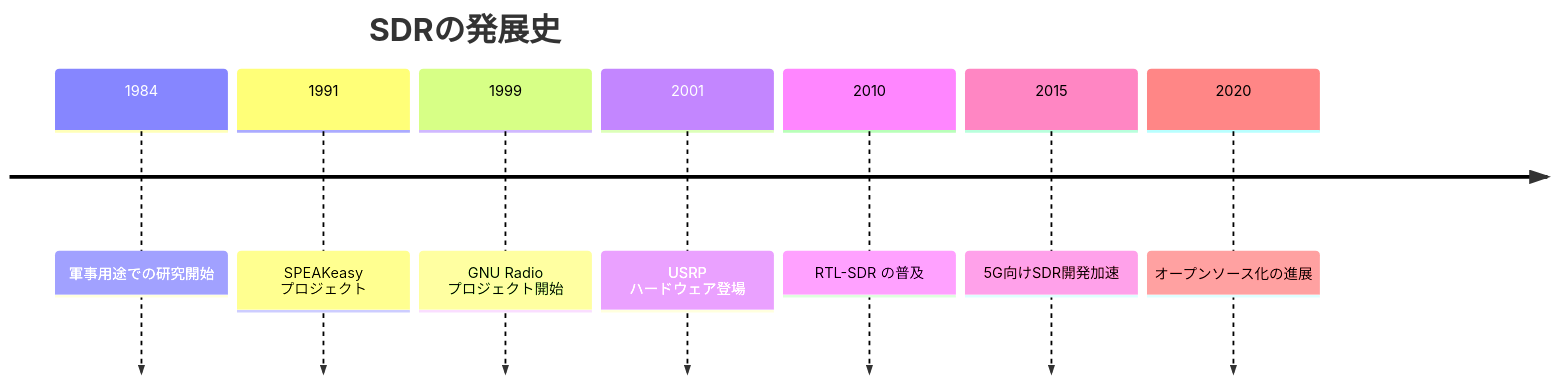
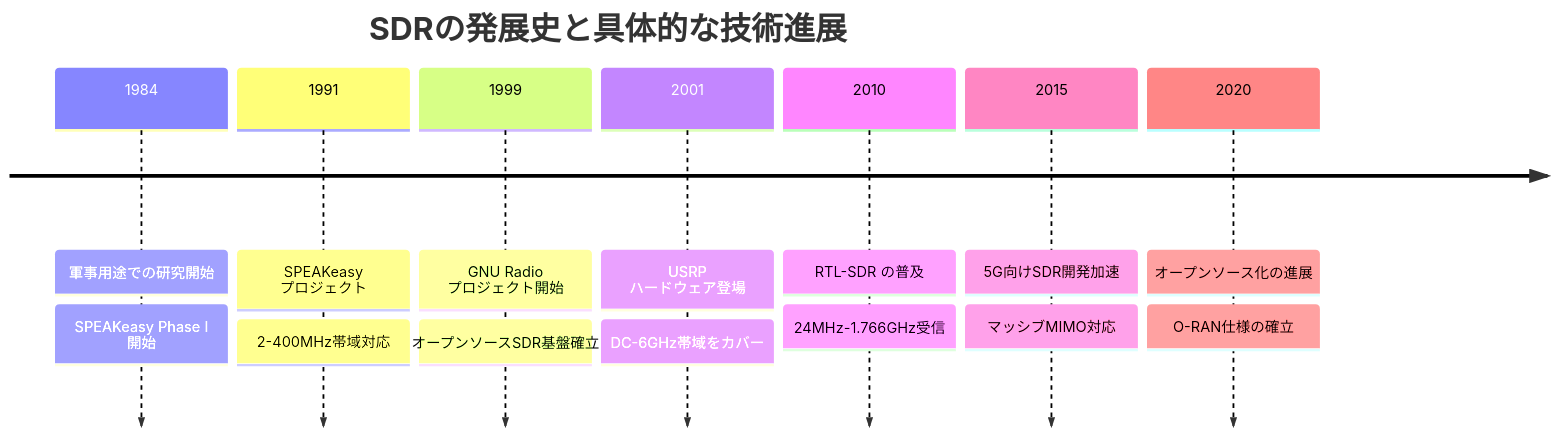
Before and after one commit to uecken/docs: diagram 12 of 22 in デジタル通信/readme.md, drawn with Mermaid. The commit also changed other lines of this file, not shown here.

````diff
--- a/デジタル通信/readme.md
+++ b/デジタル通信/readme.md
@@ -431,11 +429,18 @@
 ```mermaid
 timeline
-    title SDRの発展史
+    title SDRの発展史と具体的な技術進展
     1984 : 軍事用途での研究開始
+         : SPEAKeasy Phase I 開始
     1991 : SPEAKeasy プロジェクト
+         : 2-400MHz帯域対応
     1999 : GNU Radio プロジェクト開始
+         : オープンソースSDR基盤確立
     2001 : USRP ハードウェア登場
+         : DC-6GHz帯域をカバー
     2010 : RTL-SDR の普及
+         : 24MHz-1.766GHz受信
     2015 : 5G向けSDR開発加速
+         : マッシブMIMO対応
     2020 : オープンソース化の進展
+         : O-RAN仕様の確立
 ```
````
